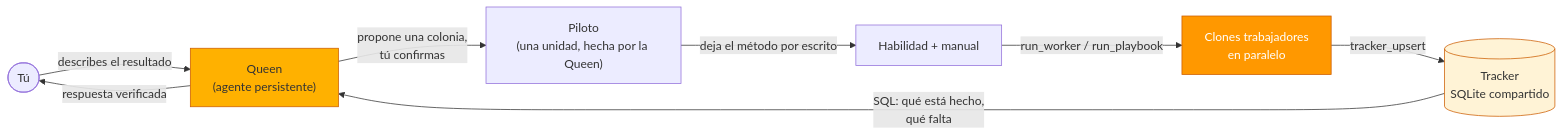
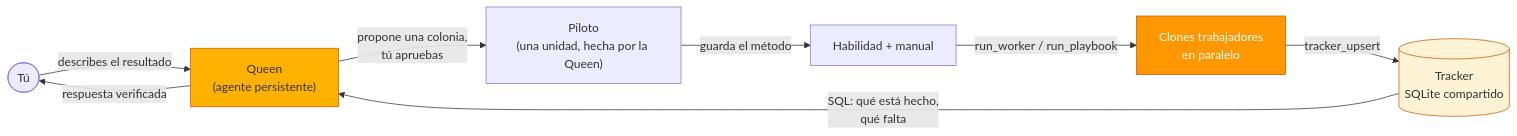
One commit to 23821/hive changed the diagram in docs/i18n/es.md. Above: the diagram before and after it, drawn with Mermaid. The commit also changed other lines of this file and 6 other files, not shown here.

````diff
--- a/docs/i18n/es.md
+++ b/docs/i18n/es.md
@@ -76,14 +79,14 @@
 ```mermaid
 flowchart LR
     You(["Tú"]) -->|"describes el resultado"| Queen["Queen<br/>(agente persistente)"]
-    Queen -->|"propone una colonia,<br/>tú confirmas"| Pilot["Piloto<br/>(una unidad, hecha por la Queen)"]
-    Pilot -->|"deja el método por escrito"| Skill["Habilidad + manual"]
+    Queen -->|"propone una colonia,<br/>tú apruebas"| Pilot["Piloto<br/>(una unidad, hecha por la Queen)"]
+    Pilot -->|"guarda el método"| Skill["Habilidad + manual"]
     Skill -->|"run_worker / run_playbook"| W["Clones trabajadores<br/>en paralelo"]
     W -->|"tracker_upsert"| T[("Tracker<br/>SQLite compartido")]
     T -->|"SQL: qué está hecho,<br/>qué falta"| Queen
     Queen -->|"respuesta verificada"| You
 
     style Queen fill:#ffb100,stroke:#cc5d00,color:#333
     style T fill:#fff3d6,stroke:#cc5d00,color:#333
     style W fill:#ff9800,stroke:#cc5d00,color:#fff
 ```
````
